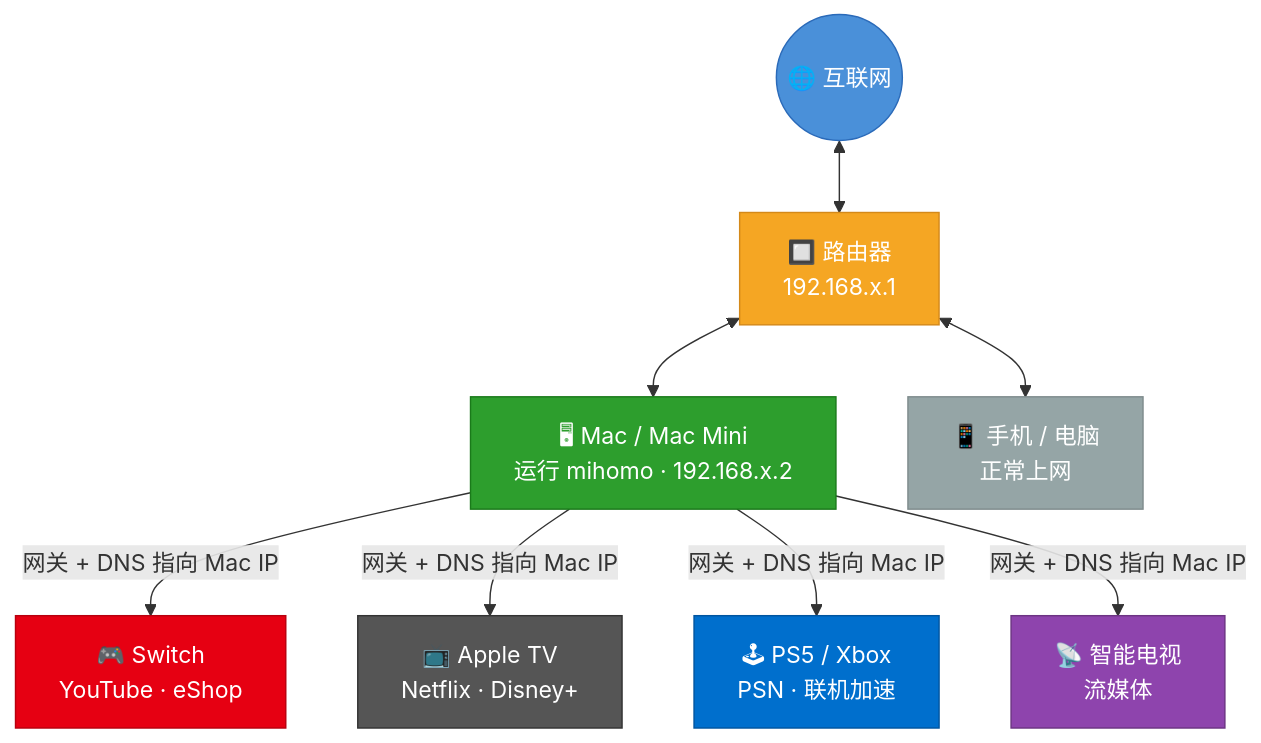
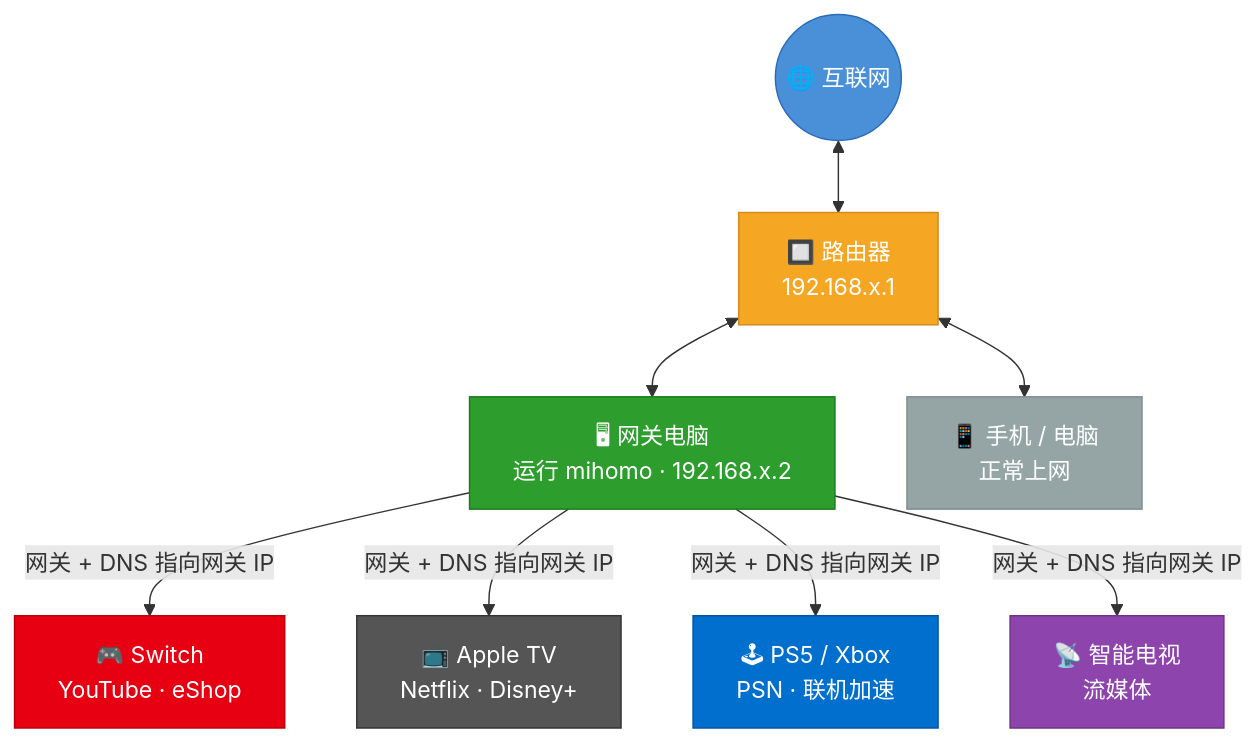
One commit to Tght1211/lan-proxy-gateway changed the first of 2 diagrams in README.md. Above: the diagram before and after it, drawn with Mermaid. The commit also changed other lines of this file and 49 other files, not shown here.

````diff
--- a/README.md
+++ b/README.md
@@ -7,28 +7,28 @@
 ```mermaid
 graph TD
     Internet(("🌐 互联网"))
     Router["🔲 路由器<br/>192.168.x.1"]
-    Mac["🖥 Mac / Mac Mini<br/>运行 mihomo · 192.168.x.2"]
+    Mac["🖥 网关电脑<br/>运行 mihomo · 192.168.x.2"]
     Switch["🎮 Switch<br/>YouTube · eShop"]
     ATV["📺 Apple TV<br/>Netflix · Disney+"]
     PS5["🕹 PS5 / Xbox<br/>PSN · 联机加速"]
     TV["📡 智能电视<br/>流媒体"]
     Phone["📱 手机 / 电脑<br/>正常上网"]
 
     Internet <--> Router
     Router <--> Mac
     Router <--> Phone
-    Mac -- "网关 + DNS 指向 Mac IP" --> Switch
-    Mac -- "网关 + DNS 指向 Mac IP" --> ATV
-    Mac -- "网关 + DNS 指向 Mac IP" --> PS5
-    Mac -- "网关 + DNS 指向 Mac IP" --> TV
+    Mac -- "网关 + DNS 指向网关 IP" --> Switch
+    Mac -- "网关 + DNS 指向网关 IP" --> ATV
+    Mac -- "网关 + DNS 指向网关 IP" --> PS5
+    Mac -- "网关 + DNS 指向网关 IP" --> TV
 
     style Mac fill:#2d9e2d,color:#fff,stroke:#1a7a1a
     style Internet fill:#4a90d9,color:#fff,stroke:#2a6ab9
     style Router fill:#f5a623,color:#fff,stroke:#d4891a
     style Switch fill:#e60012,color:#fff,stroke:#b8000e
     style ATV fill:#555,color:#fff,stroke:#333
     style PS5 fill:#006fcd,color:#fff,stroke:#0055a0
     style TV fill:#8e44ad,color:#fff,stroke:#6c3483
     style Phone fill:#95a5a6,color:#fff,stroke:#7f8c8d
 ```
````
